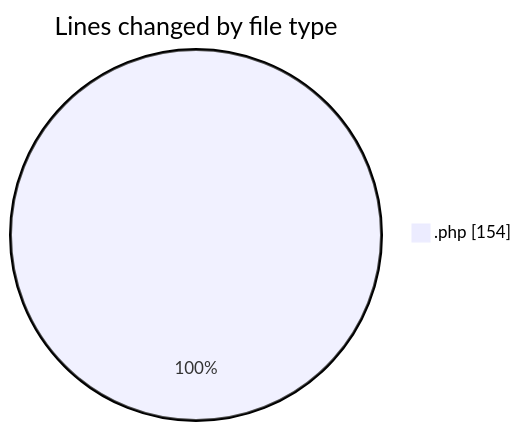
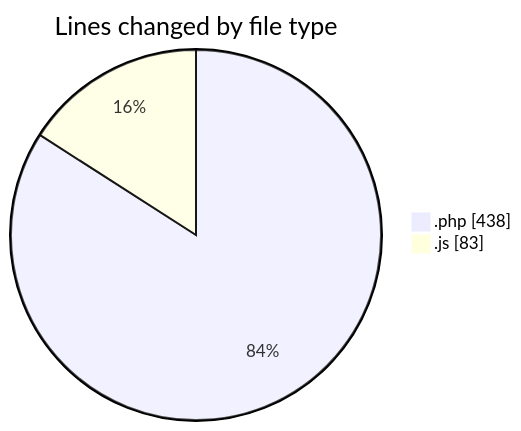
One commit to LanceThiago/code-tracking changed the first of 2 diagrams in 2025-03-25/kml/README.md. Above: the diagram before and after it, drawn with Mermaid. The commit also changed other lines of this file and 1 other file, not shown here.

````diff
--- a/2025-03-25/kml/README.md
+++ b/2025-03-25/kml/README.md
@@ -20,5 +22,6 @@
 ```mermaid
 pie showData
 title Lines changed by file type
-".php" : 154
+".php" : 438
+".js" : 83
 ```
````
